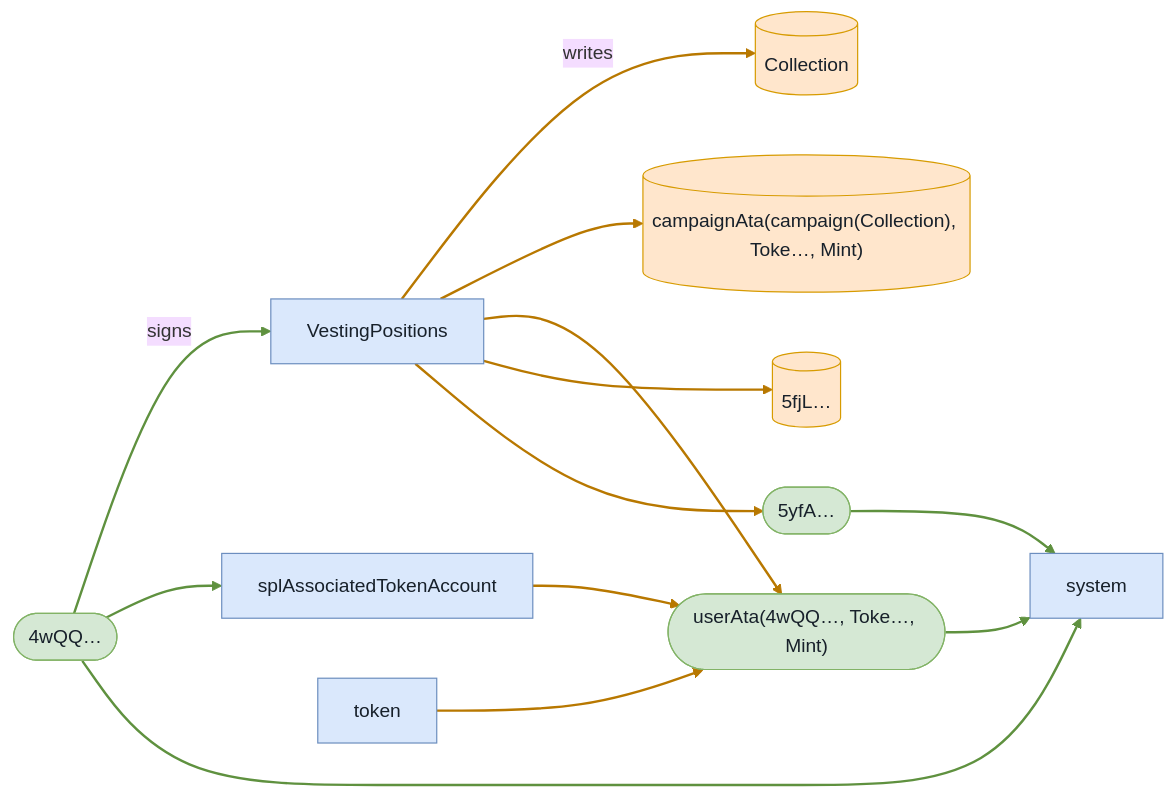
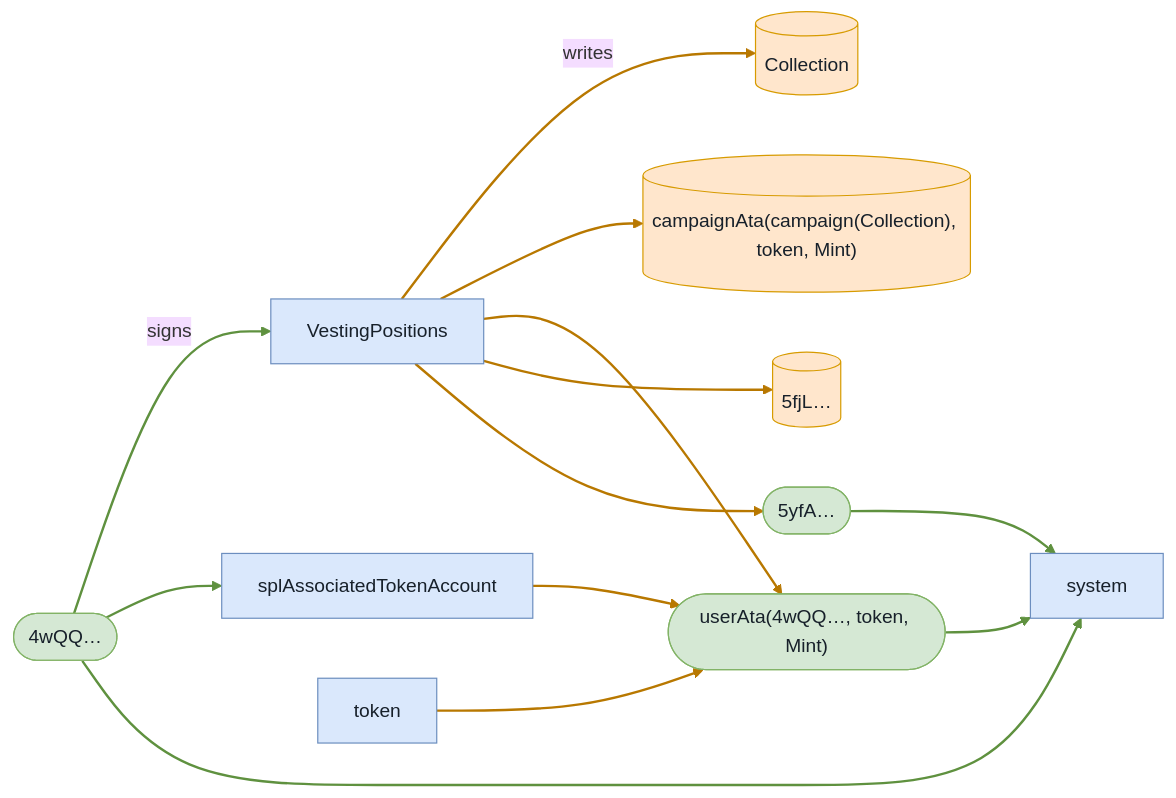
The eighth of 9 diagrams in babelfish-tests/test-report/scenario_6_not_owner_subsequent_claim_fails.md (cds-turbin3/vesting-position), drawn with Mermaid (base theme) before and after one commit. The commit also changed other lines of this file and 104 other files, not shown here.

````diff
--- a/babelfish-tests/test-report/scenario_6_not_owner_subsequent_claim_fails.md
+++ b/babelfish-tests/test-report/scenario_6_not_owner_subsequent_claim_fails.md
@@ -420,30 +420,30 @@
 ```mermaid
 flowchart LR
     VestingPositions["VestingPositions"]:::program
     n4wQQ(["4wQQ…"]):::signer
     Collection[("Collection")]:::state
-    campaignAtacampaignCollectionTokeMint[("campaignAta(campaign(Collection), Toke…, Mint)")]:::state
-    userAta4wQQTokeMint(["userAta(4wQQ…, Toke…, Mint)"]):::signer
+    campaignAtacampaignCollectiontokenMint[("campaignAta(campaign(Collection), token, Mint)")]:::state
+    userAta4wQQtokenMint(["userAta(4wQQ…, token, Mint)"]):::signer
     n5fjL[("5fjL…")]:::state
     n5yfA(["5yfA…"]):::signer
     splAssociatedTokenAccount["splAssociatedTokenAccount"]:::program
     token["token"]:::program
     system["system"]:::program
     n4wQQ -->|signs| VestingPositions
     VestingPositions -->|writes| Collection
-    VestingPositions --> campaignAtacampaignCollectionTokeMint
-    VestingPositions --> userAta4wQQTokeMint
+    VestingPositions --> campaignAtacampaignCollectiontokenMint
+    VestingPositions --> userAta4wQQtokenMint
     VestingPositions --> n5fjL
     VestingPositions --> n5yfA
     n4wQQ --> splAssociatedTokenAccount
-    splAssociatedTokenAccount --> userAta4wQQTokeMint
+    splAssociatedTokenAccount --> userAta4wQQtokenMint
     n4wQQ --> system
-    userAta4wQQTokeMint --> system
-    token --> userAta4wQQTokeMint
+    userAta4wQQtokenMint --> system
+    token --> userAta4wQQtokenMint
     n5yfA --> system
     classDef program fill:#dae8fc,stroke:#6c8ebf,color:#17202a;
     classDef signer fill:#d5e8d4,stroke:#82b366,color:#17202a;
     classDef state fill:#ffe6cc,stroke:#d79b00,color:#17202a;
     linkStyle 0,6,8,9,11 stroke:#5f913f,stroke-width:2px
     linkStyle 1,2,3,4,5,7,10 stroke:#b87800,stroke-width:2px
 ```
````
